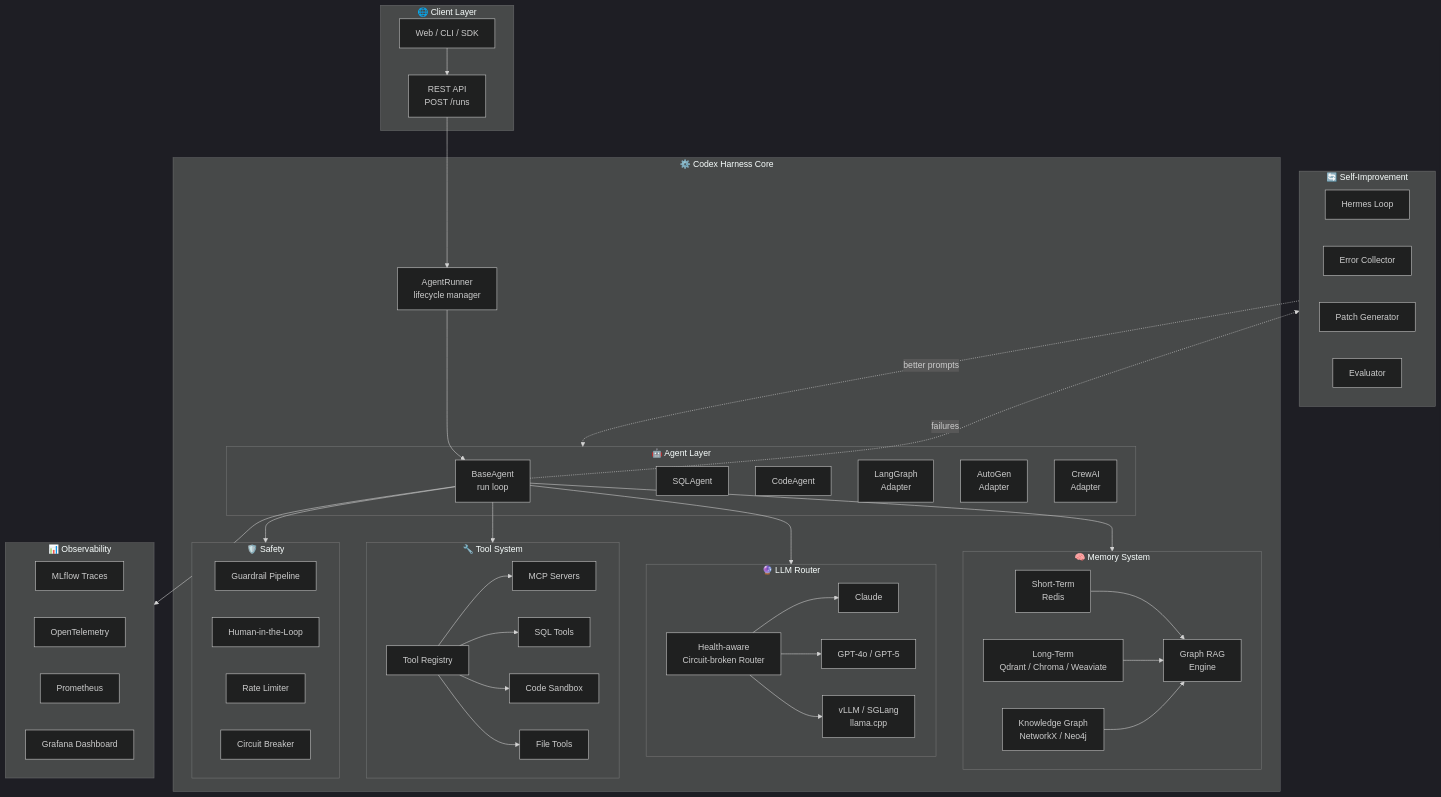
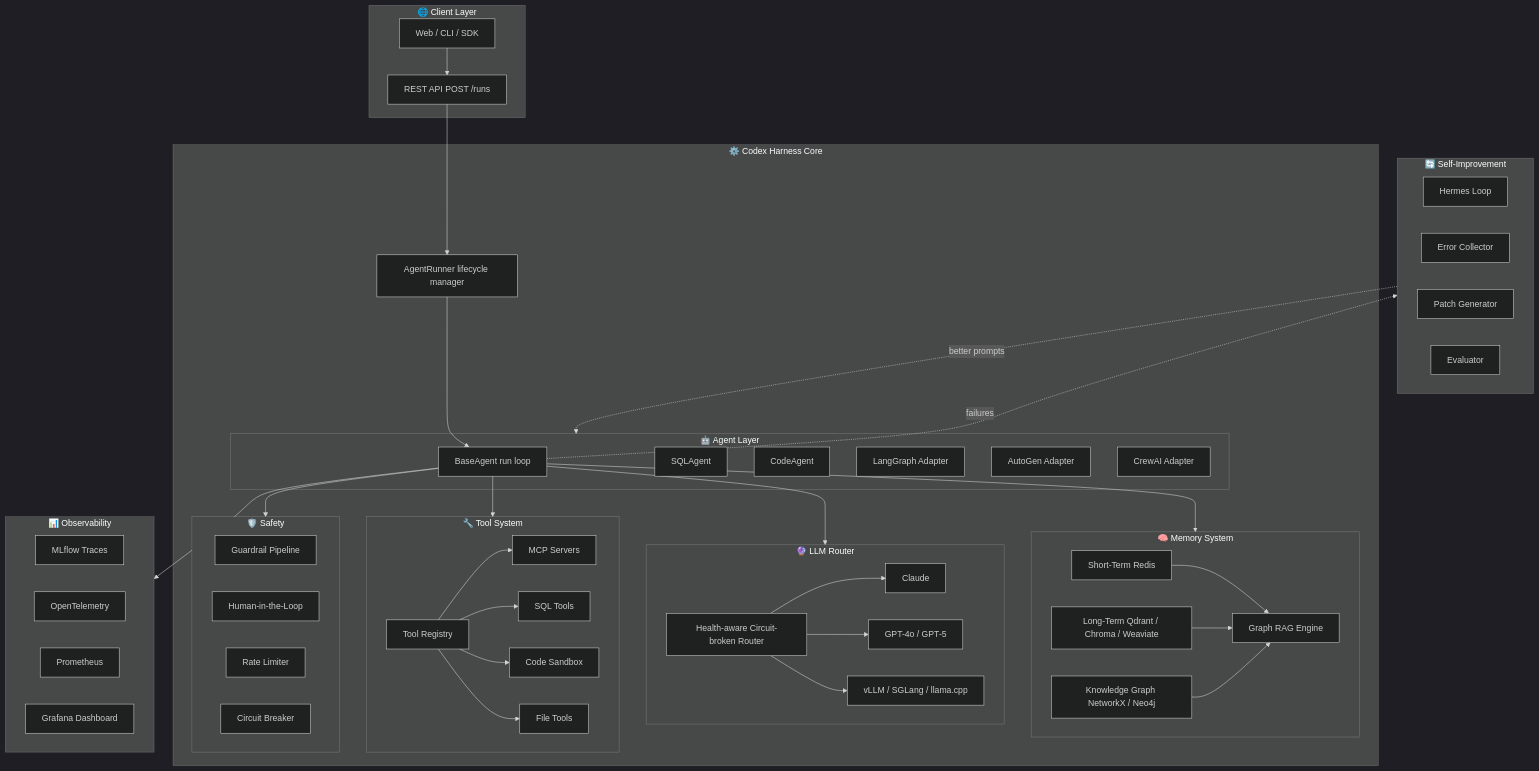
One commit to Shubham-raut-860/HarnessAgent changed the diagram in README.md. Above: the diagram before and after it, drawn with Mermaid (dark theme). The commit also changed other lines of this file, not shown here.

````diff
--- a/README.md
+++ b/README.md
@@ -32,73 +32,72 @@
 ```mermaid
 graph TB
     subgraph CLIENT["🌐 Client Layer"]
         UI[Web / CLI / SDK]
-        API[REST API<br/>POST /runs]
+        API[REST API POST /runs]
     end
 
     subgraph HARNESS["⚙️ Codex Harness Core"]
-        RUNNER[AgentRunner<br/>lifecycle manager]
+        RUNNER[AgentRunner lifecycle manager]
 
         subgraph AGENTS["🤖 Agent Layer"]
-            BASE[BaseAgent<br/>run loop]
+            BASE[BaseAgent run loop]
             SQL[SQLAgent]
             CODE[CodeAgent]
-            LG[LangGraph<br/>Adapter]
-            AG[AutoGen<br/>Adapter]
-            CR[CrewAI<br/>Adapter]
+            LG[LangGraph Adapter]
+            AG[AutoGen Adapter]
+            CR[CrewAI Adapter]
         end
 
         subgraph MEMORY["🧠 Memory System"]
-            STM[Short-Term<br/>Redis]
-            LTM[Long-Term<br/>Qdrant / Chroma / Weaviate]
-            GRAPH[Knowledge Graph<br/>NetworkX / Neo4j]
-            RAG[Graph RAG<br/>Engine]
+            STM[Short-Term Redis]
+            LTM[Long-Term Qdrant / Chroma / Weaviate]
+            GRAPH[Knowledge Graph NetworkX / Neo4j]
+            RAG[Graph RAG Engine]
         end
 
         subgraph LLM["🔮 LLM Router"]
-            ROUTER[Health-aware<br/>Circuit-broken Router]
+            ROUTER[Health-aware Circuit-broken Router]
             ANT[Claude]
             OAI[GPT-4o / GPT-5]
-            LOCAL[vLLM / SGLang<br/>llama.cpp]
+            LOCAL[vLLM / SGLang / llama.cpp]
         end
 
         subgraph TOOLS["🔧 Tool System"]
             REG[Tool Registry]
             MCP[MCP Servers]
             SQL2[SQL Tools]
             CODE2[Code Sandbox]
             FILE[File Tools]
         end
 
         subgraph SAFETY["🛡️ Safety"]
             GUARD[Guardrail Pipeline]
             HITL[Human-in-the-Loop]
             RATE[Rate Limiter]
             CB[Circuit Breaker]
         end
     end
 
     subgraph OBS["📊 Observability"]
         MLFLOW[MLflow Traces]
         OTEL[OpenTelemetry]
         PROM[Prometheus]
         GRAFANA[Grafana Dashboard]
     end
 
     subgraph IMPROVE["🔄 Self-Improvement"]
         HERMES[Hermes Loop]
         ERR[Error Collector]
         PATCH[Patch Generator]
         EVAL[Evaluator]
     end
 
     UI --> API --> RUNNER --> BASE
     BASE --> LLM & MEMORY & TOOLS & SAFETY
     BASE --> OBS
     BASE -.->|failures| IMPROVE
     IMPROVE -.->|better prompts| AGENTS
-
     ROUTER --> ANT & OAI & LOCAL
     STM & LTM & GRAPH --> RAG
     REG --> MCP & SQL2 & CODE2 & FILE
 ```
````
